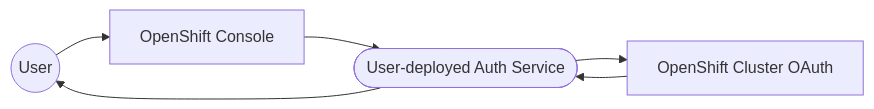
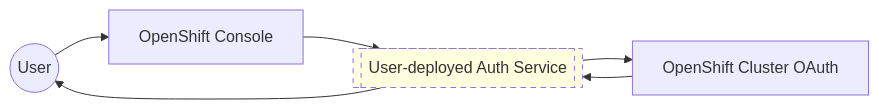
Before and after one commit to kincl/openshift-client-certificate-auth: the third of 3 diagrams in README.md, drawn with Mermaid.

Commit message:
adding style

````diff
--- a/README.md
+++ b/README.md
@@ -45,9 +45,10 @@
 ```mermaid
 flowchart LR
   user((User))
   console[OpenShift Console]
   oauth[OpenShift Cluster OAuth]
-  service([User-deployed Auth Service])
+  service[[User-deployed Auth Service]] 
+  style service fill:lightyellow,stroke-dasharray: 5 5
   user-->console-->service-->oauth-->service
   service-->user
 ```
````
